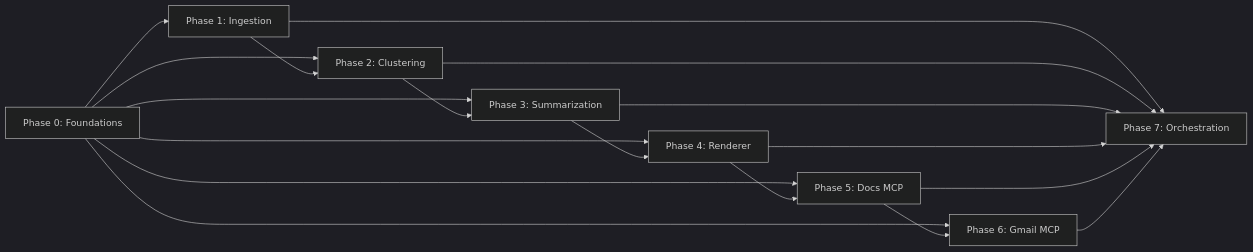
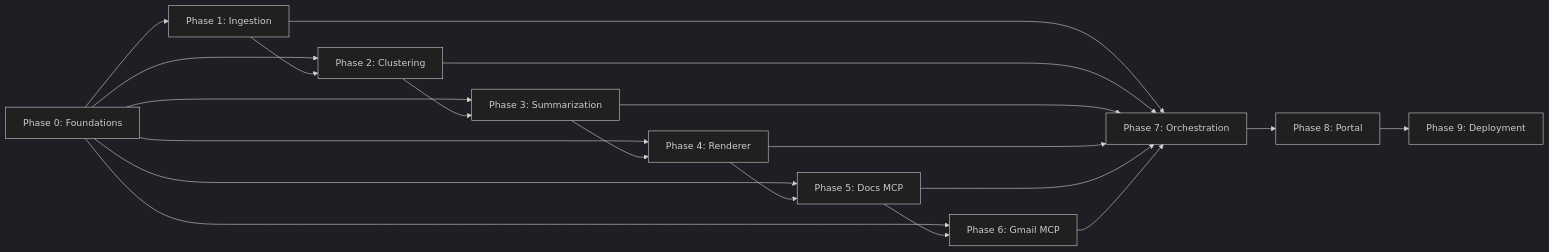
The diagram in docs/implementationPlan.md (Shakshi-970/App-Review-Insights-Analyser), drawn with Mermaid (dark theme) before and after one commit. The commit also changed other lines of this file and 2 other files, not shown here.

First line of the commit message:
Update architecture and implementation plan to reflect full build

````diff
--- a/docs/implementationPlan.md
+++ b/docs/implementationPlan.md
@@ -164,20 +210,22 @@
 ```mermaid
 graph LR
     P0[Phase 0: Foundations] --> P1[Phase 1: Ingestion]
     P0 --> P2[Phase 2: Clustering]
     P0 --> P3[Phase 3: Summarization]
     P0 --> P4[Phase 4: Renderer]
     P0 --> P5[Phase 5: Docs MCP]
     P0 --> P6[Phase 6: Gmail MCP]
     P1 --> P2
     P2 --> P3
     P3 --> P4
     P4 --> P5
     P5 --> P6
     P1 --> P7[Phase 7: Orchestration]
     P2 --> P7
     P3 --> P7
     P4 --> P7
     P5 --> P7
     P6 --> P7
+    P7 --> P8[Phase 8: Portal]
+    P8 --> P9[Phase 9: Deployment]
 ```
````
